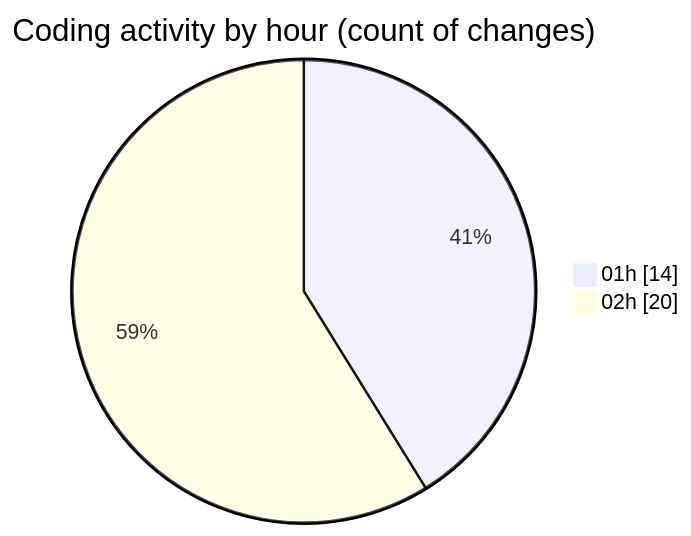
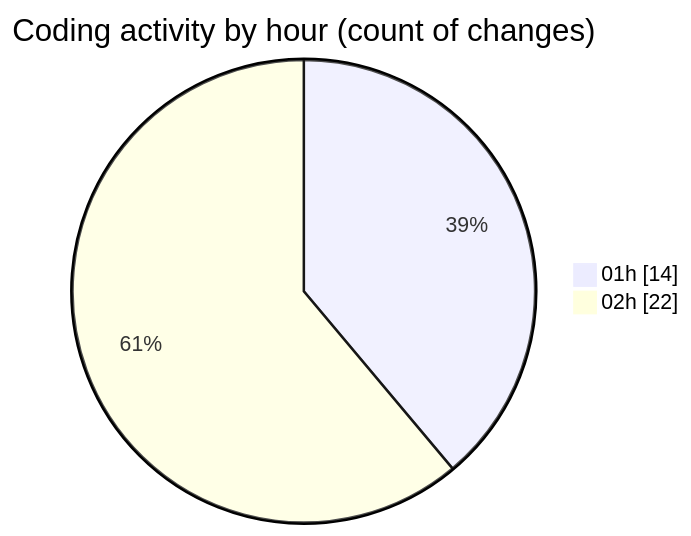
One commit to jrari/code-tracking changed the second of 2 diagrams in 2025-07-13/telebot/README.md. Above: the diagram before and after it, drawn with Mermaid. The commit also changed other lines of this file and 1 other file, not shown here.

````diff
--- a/2025-07-13/telebot/README.md
+++ b/2025-07-13/telebot/README.md
@@ -46,6 +47,6 @@
 ```mermaid
 pie showData
 title Coding activity by hour (count of changes)
 "01h" : 14
-"02h" : 20
+"02h" : 22
 ```
````
